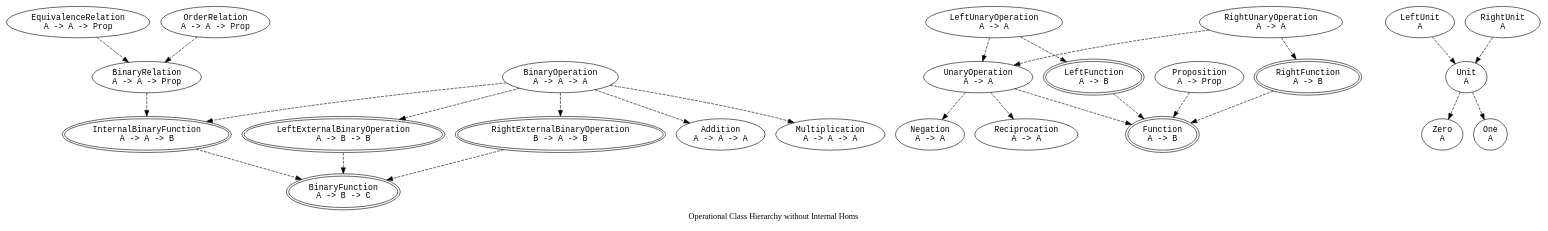
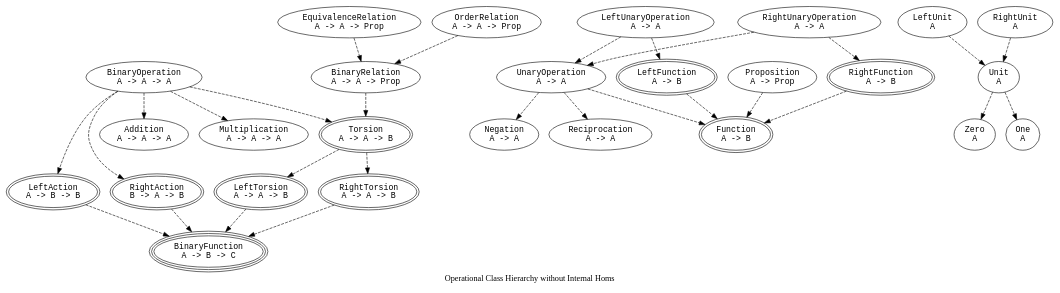
The diagram in bird/has.dot (Tuplanolla/dez), drawn with Graphviz before and after one commit. The commit also changed 31 other files, not shown here.

```diff
--- a/bird/has.dot
+++ b/bird/has.dot
@@ -1,71 +1,83 @@
 digraph Has {
   label = "Operational Class Hierarchy without Internal Homs"
 
   node [fontname = monospace]
 
-  subgraph ManySort {
-    label = "ManySortedly"
+  subgraph ThreeSort {
+    label = "ThreeSortedly"
+
+    node [peripheries = 3]
+
+    BinFn [label = "BinaryFunction\nA -> B -> C"]
+  }
+
+  subgraph TwoSort {
+    label = "TwoSortedly"
 
     node [peripheries = 2]
 
-    BinFn [label = "BinaryFunction\nA -> B -> C"]
     Fn [label = "Function\nA -> B"]
-    IntBinFn [label = "InternalBinaryFunction\nA -> A -> B"]
-    LExtBinOp [label = "LeftExternalBinaryOperation\nA -> B -> B"]
+    LAct [label = "LeftAction\nA -> B -> B"]
     LFn [label = "LeftFunction\nA -> B"]
-    RExtBinOp [label = "RightExternalBinaryOperation\nB -> A -> B"]
+    LTor [label = "LeftTorsion\nA -> A -> B"]
+    RAct [label = "RightAction\nB -> A -> B"]
     RFn [label = "RightFunction\nA -> B"]
+    RTor [label = "RightTorsion\nA -> A -> B"]
+    Tor [label = "Torsion\nA -> A -> B"]
   }
 
   subgraph OneSort {
     label = "OneSortedly"
 
     BinOp [label = "BinaryOperation\nA -> A -> A"]
     BinRel [label = "BinaryRelation\nA -> A -> Prop"]
     EqRel [label = "EquivalenceRelation\nA -> A -> Prop"]
     LUn [label = "LeftUnit\nA"]
     LUnOp [label = "LeftUnaryOperation\nA -> A"]
     OrdRel [label = "OrderRelation\nA -> A -> Prop"]
     Prop [label = "Proposition\nA -> Prop"]
     RUn [label = "RightUnit\nA"]
     RUnOp [label = "RightUnaryOperation\nA -> A"]
     Un [label = "Unit\nA"]
     UnOp [label = "UnaryOperation\nA -> A"]
 
     Add [label = "Addition\nA -> A -> A"]
     Zero [label = "Zero\nA"]
     Neg [label = "Negation\nA -> A"]
     Mul [label = "Multiplication\nA -> A -> A"]
     One [label = "One\nA"]
     Recip [label = "Reciprocation\nA -> A"]
   }
 
   edge [style = dashed]
 
-  BinOp -> IntBinFn
-  BinOp -> LExtBinOp
-  BinOp -> RExtBinOp
-  BinRel -> IntBinFn
+  BinOp -> Tor
+  BinOp -> LAct
+  BinOp -> RAct
+  BinRel -> Tor
   EqRel -> BinRel
-  IntBinFn -> BinFn
-  LExtBinOp -> BinFn
+  LTor -> BinFn
+  LAct -> BinFn
   LFn -> Fn
   LUn -> Un
   LUnOp -> LFn
   LUnOp -> UnOp
   OrdRel -> BinRel
   Prop -> Fn
-  RExtBinOp -> BinFn
+  RTor -> BinFn
+  RAct -> BinFn
   RFn -> Fn
   RUn -> Un
   RUnOp -> RFn
   RUnOp -> UnOp
+  Tor -> LTor
+  Tor -> RTor
   UnOp -> Fn
 
   BinOp -> Add
   BinOp -> Mul
   Un -> Zero
   Un -> One
   UnOp -> Neg
   UnOp -> Recip
 }
```
